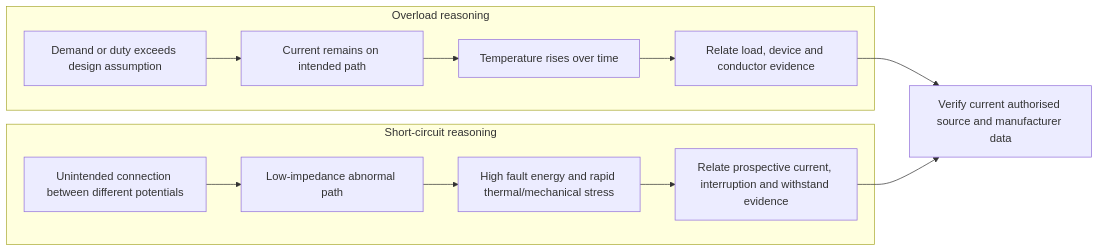
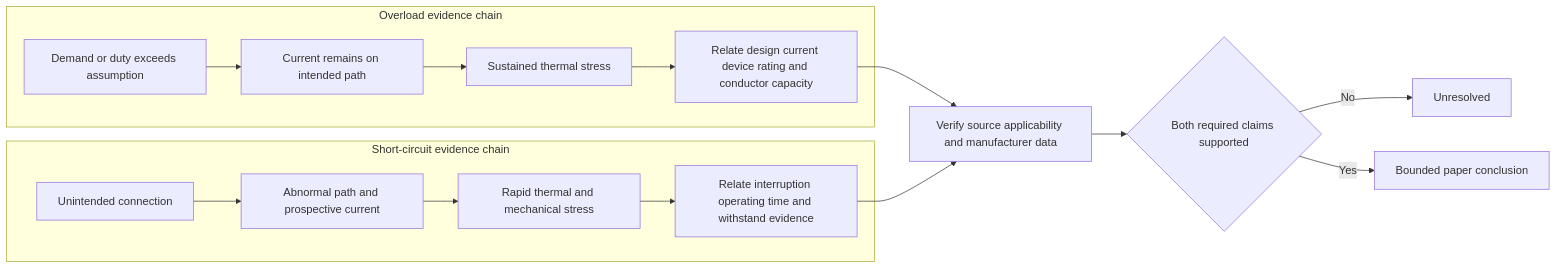
Before and after one commit to andrew3stedall/capstone: the second of 2 diagrams in docs/learning-plans/6-week/modules/day-04-overload-and-short-circuit-protection-reasoning.md, drawn with Mermaid. The commit also changed other lines of this file, not shown here.

Commit message:
Improve six-week Day 4 protection reasoning

````diff
--- a/docs/learning-plans/6-week/modules/day-04-overload-and-short-circuit-protection-reasoning.md
+++ b/docs/learning-plans/6-week/modules/day-04-overload-and-short-circuit-protection-reasoning.md
@@ -170,15 +190,18 @@
 ```mermaid
 flowchart LR
-    subgraph O["Overload reasoning"]
-      O1["Demand or duty exceeds design assumption"] --> O2["Current remains on intended path"]
-      O2 --> O3["Temperature rises over time"]
-      O3 --> O4["Relate load, device and conductor evidence"]
+    subgraph O["Overload evidence chain"]
+      O1["Demand or duty exceeds assumption"] --> O2["Current remains on intended path"]
+      O2 --> O3["Sustained thermal stress"]
+      O3 --> O4["Relate design current device rating and conductor capacity"]
     end
-    subgraph S["Short-circuit reasoning"]
-      S1["Unintended connection between different potentials"] --> S2["Low-impedance abnormal path"]
-      S2 --> S3["High fault energy and rapid thermal/mechanical stress"]
-      S3 --> S4["Relate prospective current, interruption and withstand evidence"]
+    subgraph S["Short-circuit evidence chain"]
+      S1["Unintended connection"] --> S2["Abnormal path and prospective current"]
+      S2 --> S3["Rapid thermal and mechanical stress"]
+      S3 --> S4["Relate interruption operating time and withstand evidence"]
     end
-    O4 --> V["Verify current authorised source and manufacturer data"]
+    O4 --> V["Verify source applicability and manufacturer data"]
     S4 --> V
+    V --> Q{"Both required claims supported"}
+    Q -->|"No"| U["Unresolved"]
+    Q -->|"Yes"| R["Bounded paper conclusion"]
 ```
````
